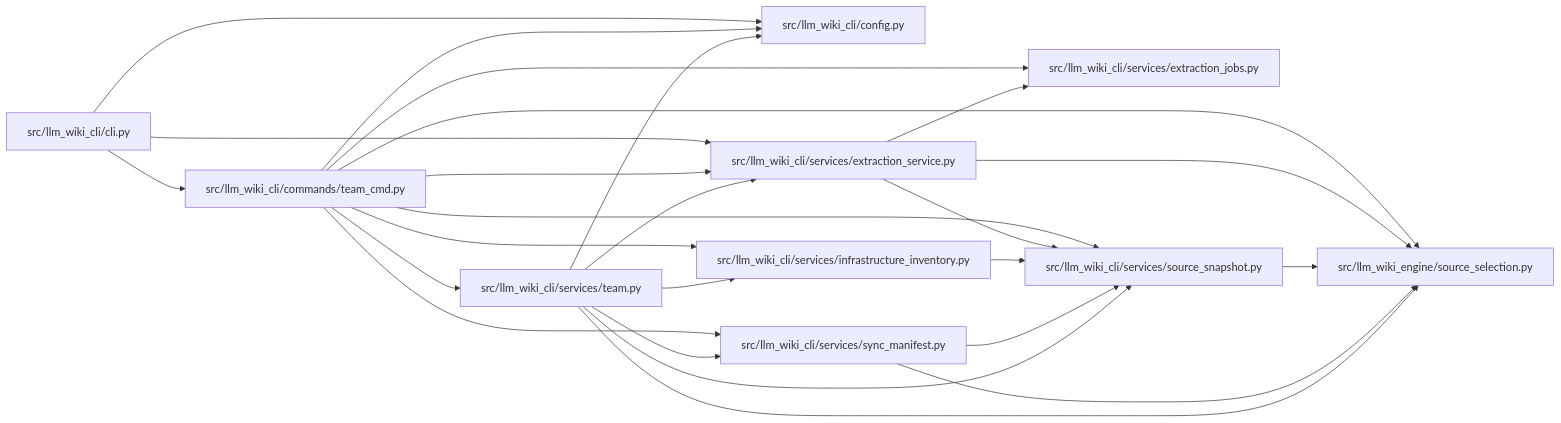
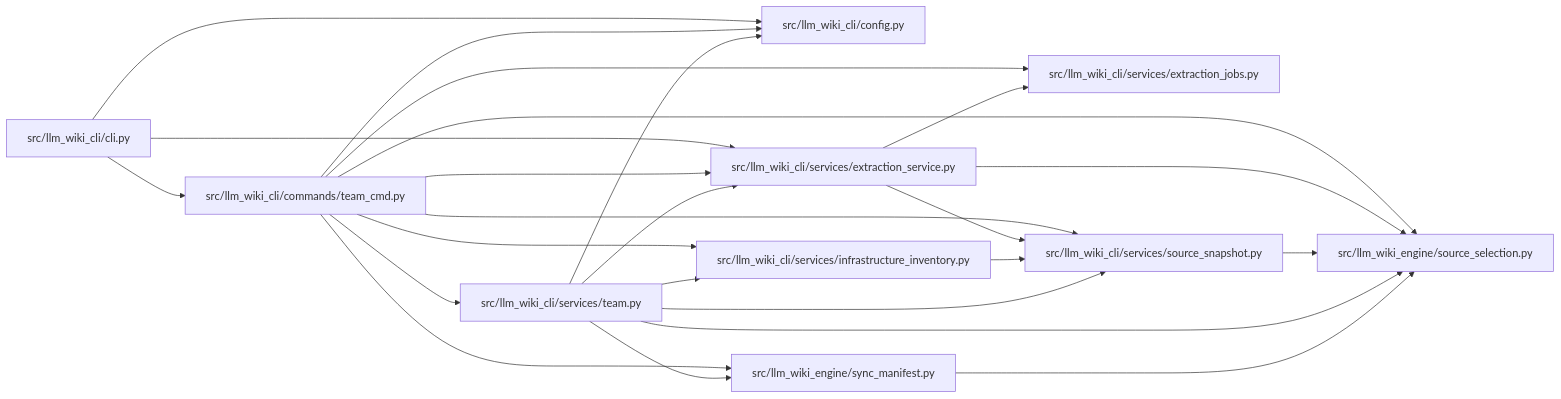
One commit to Denissvgn/python-wiki-llm changed the diagram in docs/llm_wiki/modules/team_cmd.md. Above: the diagram before and after it, drawn with Mermaid. The commit also changed other lines of this file and 1058 other files, not shown here.

````diff
--- a/docs/llm_wiki/modules/team_cmd.md
+++ b/docs/llm_wiki/modules/team_cmd.md
@@ -29,47 +29,46 @@
 ```mermaid
 flowchart LR
     n0["src/llm_wiki_cli/cli.py"]
     n1["src/llm_wiki_cli/commands/team_cmd.py"]
     n2["src/llm_wiki_cli/config.py"]
     n3["src/llm_wiki_cli/services/extraction_jobs.py"]
     n4["src/llm_wiki_cli/services/extraction_service.py"]
     n5["src/llm_wiki_cli/services/infrastructure_inventory.py"]
     n6["src/llm_wiki_cli/services/source_snapshot.py"]
-    n7["src/llm_wiki_cli/services/sync_manifest.py"]
-    n8["src/llm_wiki_cli/services/team.py"]
-    n9["src/llm_wiki_engine/source_selection.py"]
+    n7["src/llm_wiki_cli/services/team.py"]
+    n8["src/llm_wiki_engine/source_selection.py"]
+    n9["src/llm_wiki_engine/sync_manifest.py"]
     n0 --> n1
     n0 --> n2
     n0 --> n4
     n1 --> n2
     n1 --> n3
     n1 --> n4
     n1 --> n5
     n1 --> n6
     n1 --> n7
     n1 --> n8
     n1 --> n9
     n4 --> n3
     n4 --> n6
-    n4 --> n9
+    n4 --> n8
     n5 --> n6
-    n6 --> n9
+    n6 --> n8
+    n7 --> n2
+    n7 --> n4
+    n7 --> n5
     n7 --> n6
+    n7 --> n8
     n7 --> n9
-    n8 --> n2
-    n8 --> n4
-    n8 --> n5
-    n8 --> n6
-    n8 --> n7
-    n8 --> n9
+    n9 --> n8
     click n0 "../modules/cli.md"
     click n1 "../modules/team_cmd.md"
     click n2 "../modules/config.md"
     click n3 "../modules/extraction_jobs.md"
     click n4 "../modules/extraction_service.md"
     click n5 "../modules/infrastructure_inventory.md"
     click n6 "../modules/source_snapshot.md"
-    click n7 "../modules/sync_manifest.md"
-    click n8 "../modules/team.md"
-    click n9 "../modules/source_selection.md"
+    click n7 "../modules/team.md"
+    click n8 "../modules/source_selection.md"
+    click n9 "../modules/sync_manifest.md"
 ```
````
